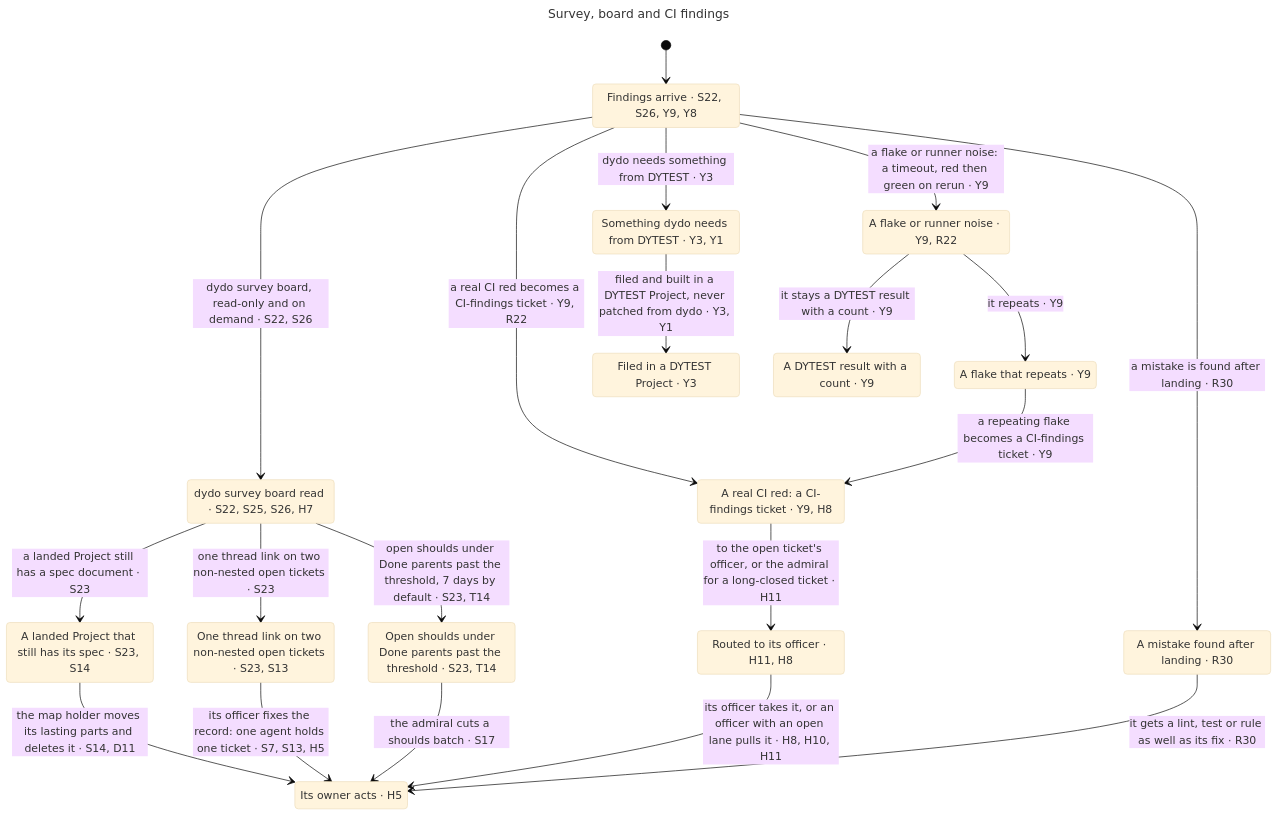
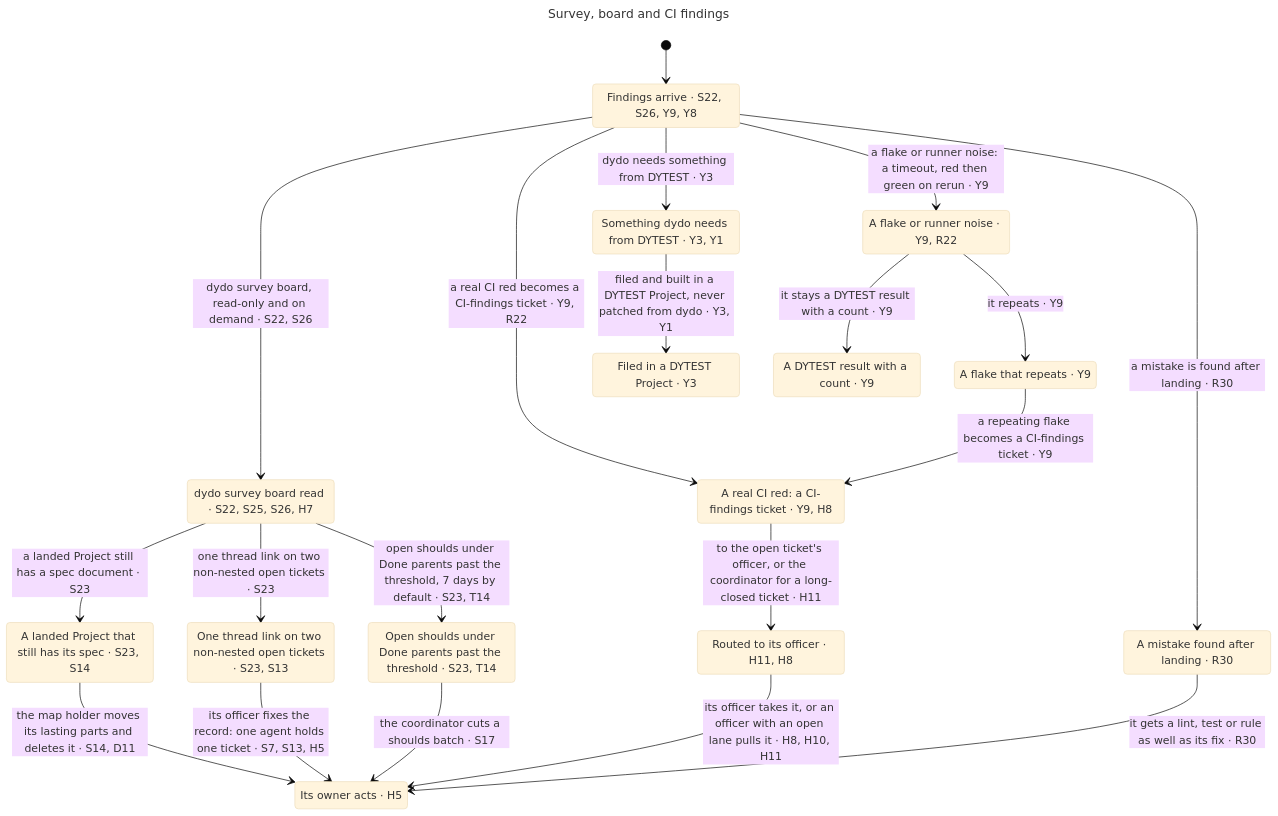
One commit to BalazsOrg/dydo changed the diagram in claims/statechart/findings/chart.mmd. Above: the diagram before and after it, drawn with Mermaid (base theme). The commit also changed 212 other files, not shown here.

```diff
--- a/claims/statechart/findings/chart.mmd
+++ b/claims/statechart/findings/chart.mmd
@@ -1,37 +1,37 @@
 ---
 title: "Survey, board and CI findings"
 ---
 stateDiagram-v2
   s0: Findings arrive #183; S22, S26, Y9, Y8
   s1: dydo survey board read #183; S22, S25, S26, H7
   s2: A real CI red: a CI-findings ticket #183; Y9, H8
   s3: Something dydo needs from DYTEST #183; Y3, Y1
   s4: A flake or runner noise #183; Y9, R22
   s5: A mistake found after landing #183; R30
   s6: Its owner acts #183; H5
   s7: A DYTEST result with a count #183; Y9
   s8: Filed in a DYTEST Project #183; Y3
   s9: A landed Project that still has its spec #183; S23, S14
   s10: A flake that repeats #183; Y9
   s11: Routed to its officer #183; H11, H8
   s12: One thread link on two non-nested open tickets #183; S23, S13
   s13: Open shoulds under Done parents past the threshold #183; S23, T14
   [*] --> s0
   s0 --> s1: dydo survey board, read-only and on demand #183; S22, S26
   s0 --> s2: a real CI red becomes a CI-findings ticket #183; Y9, R22
   s0 --> s3: dydo needs something from DYTEST #183; Y3
   s0 --> s4: a flake or runner noise: a timeout, red then green on rerun #183; Y9
   s0 --> s5: a mistake is found after landing #183; R30
   s1 --> s9: a landed Project still has a spec document #183; S23
   s1 --> s12: one thread link on two non-nested open tickets #183; S23
   s1 --> s13: open shoulds under Done parents past the threshold, 7 days by default #183; S23, T14
-  s2 --> s11: to the open ticket's officer, or the admiral for a long-closed ticket #183; H11
+  s2 --> s11: to the open ticket's officer, or the coordinator for a long-closed ticket #183; H11
   s3 --> s8: filed and built in a DYTEST Project, never patched from dydo #183; Y3, Y1
   s4 --> s7: it stays a DYTEST result with a count #183; Y9
   s4 --> s10: it repeats #183; Y9
   s5 --> s6: it gets a lint, test or rule as well as its fix #183; R30
   s9 --> s6: the map holder moves its lasting parts and deletes it #183; S14, D11
   s10 --> s2: a repeating flake becomes a CI-findings ticket #183; Y9
   s11 --> s6: its officer takes it, or an officer with an open lane pulls it #183; H8, H10, H11
   s12 --> s6: its officer fixes the record: one agent holds one ticket #183; S7, S13, H5
-  s13 --> s6: the admiral cuts a shoulds batch #183; S17
+  s13 --> s6: the coordinator cuts a shoulds batch #183; S17
```
